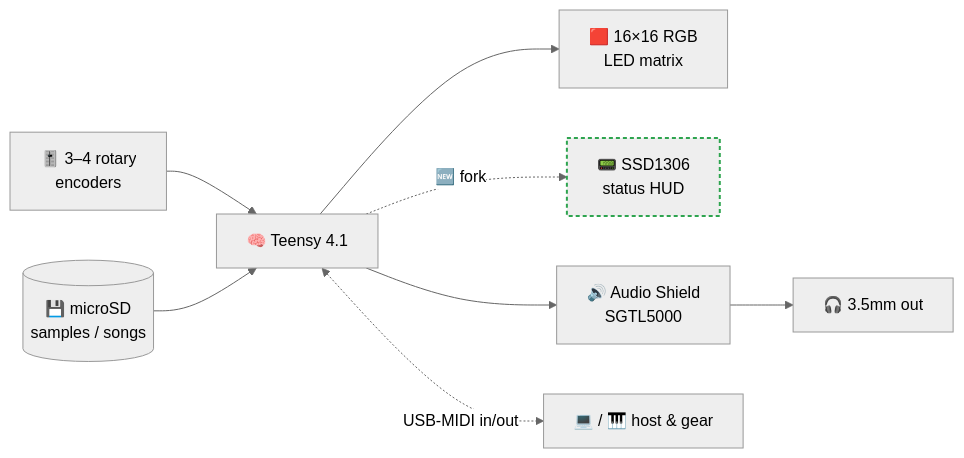
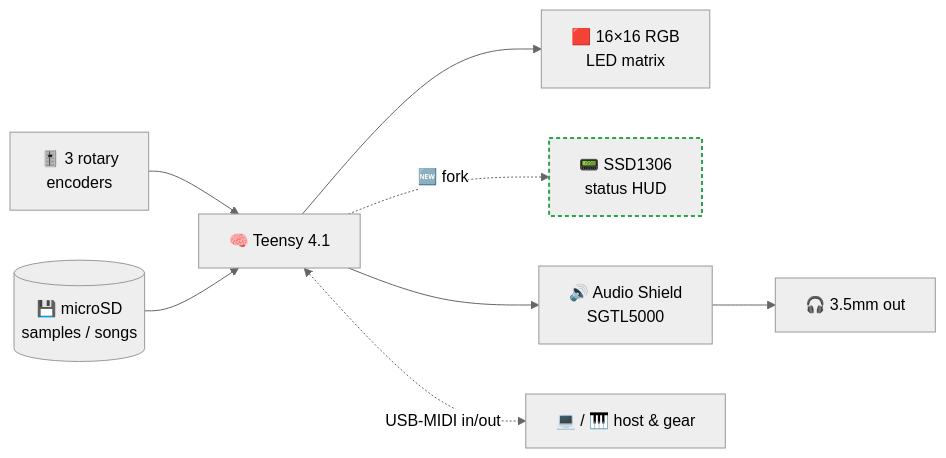
Before and after one commit to luigismith/ichosynth: the first of 3 diagrams in README.md, drawn with Mermaid (neutral theme). The commit also changed other lines of this file and 11 other files, not shown here.

````diff
--- a/README.md
+++ b/README.md
@@ -79,12 +81,12 @@
 ```mermaid
 flowchart LR
-    ENC["🎚️ 3–4 rotary<br/>encoders"] --> T["🧠 Teensy 4.1"]
+    ENC["🎚️ 3 rotary<br/>encoders"] --> T["🧠 Teensy 4.1"]
     SD[("💾 microSD<br/>samples / songs")] --> T
     T --> LED["🟥 16×16 RGB<br/>LED matrix"]
     T -. "🆕 fork" .-> OLED["📟 SSD1306<br/>status HUD"]
     T --> AUDIO["🔊 Audio Shield<br/>SGTL5000"]
     AUDIO --> JACK["🎧 3.5mm out"]
     T <-. "USB-MIDI in/out" .-> HOST["💻 / 🎹 host & gear"]
 
     style OLED stroke:#2ea44f,stroke-width:2px,stroke-dasharray:4 3
 ```
````
